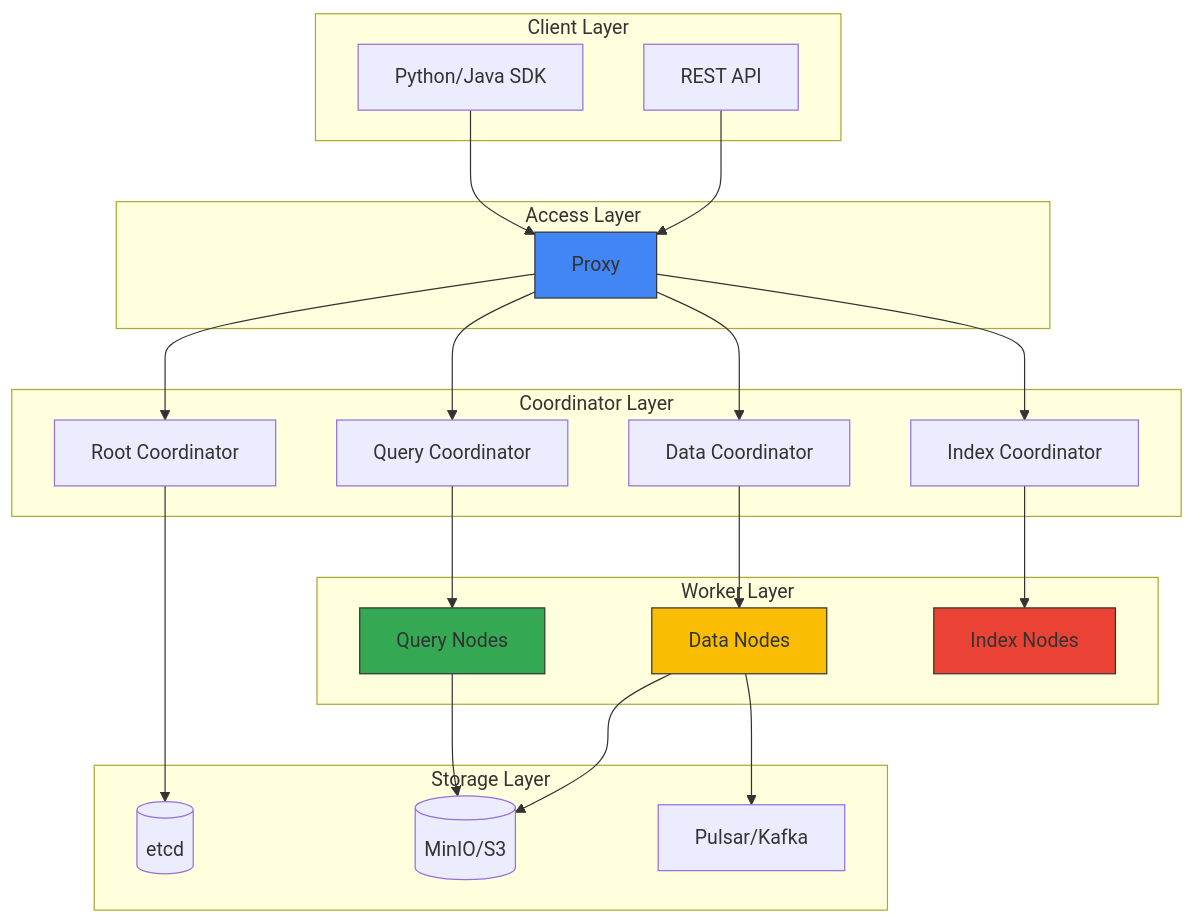
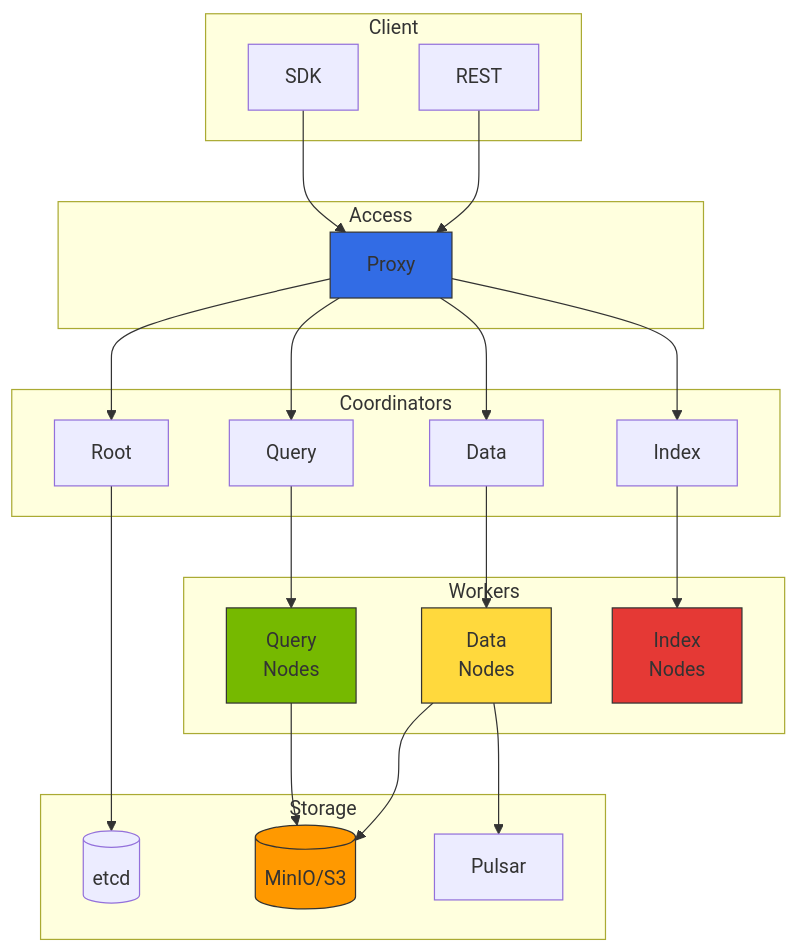
The second of 2 diagrams in docs/agentic-ai-platform/gateway-agents/milvus-vector-database.md (devfloor9/engineering-playbook), drawn with Mermaid before and after one commit. The commit also changed other lines of this file and 24 other files, not shown here.

````diff
--- a/docs/agentic-ai-platform/gateway-agents/milvus-vector-database.md
+++ b/docs/agentic-ai-platform/gateway-agents/milvus-vector-database.md
@@ -65,51 +64,47 @@
 ```mermaid
-graph TB
-    subgraph "Client Layer"
-        SDK["Python/Java SDK"]
-        REST["REST API"]
+flowchart TB
+    subgraph CL["Client"]
+        SDK[SDK]
+        REST[REST]
     end
-    
-    subgraph "Access Layer"
-        Proxy["Proxy"]
+
+    subgraph ACC["Access"]
+        P[Proxy]
     end
-    
-    subgraph "Coordinator Layer"
-        RootCoord["Root Coordinator"]
-        QueryCoord["Query Coordinator"]
-        DataCoord["Data Coordinator"]
-        IndexCoord["Index Coordinator"]
+
+    subgraph COORD["Coordinators"]
+        RC[Root]
+        QC[Query]
+        DC[Data]
+        IC[Index]
     end
-    
-    subgraph "Worker Layer"
-        QueryNode["Query Nodes"]
-        DataNode["Data Nodes"]
-        IndexNode["Index Nodes"]
+
+    subgraph WRK["Workers"]
+        QN[Query<br/>Nodes]
+        DN[Data<br/>Nodes]
+        IN[Index<br/>Nodes]
     end
-    
-    subgraph "Storage Layer"
-        etcd[(etcd)]
-        MinIO[(MinIO/S3)]
-        Pulsar["Pulsar/Kafka"]
+
+    subgraph STR["Storage"]
+        E[(etcd)]
+        M[(MinIO/S3)]
+        PS[Pulsar]
     end
-    
-    SDK --> Proxy
-    REST --> Proxy
-    Proxy --> RootCoord
-    Proxy --> QueryCoord
-    Proxy --> DataCoord
-    Proxy --> IndexCoord
-    
-    QueryCoord --> QueryNode
-    DataCoord --> DataNode
-    IndexCoord --> IndexNode
-    
-    RootCoord --> etcd
-    QueryNode --> MinIO
-    DataNode --> MinIO
-    DataNode --> Pulsar
-    
-    style Proxy fill:#4285f4,stroke:#333
-    style QueryNode fill:#34a853,stroke:#333
-    style DataNode fill:#fbbc04,stroke:#333
-    style IndexNode fill:#ea4335,stroke:#333
+
+    SDK & REST --> P
+    P --> RC & QC & DC & IC
+
+    QC --> QN
+    DC --> DN
+    IC --> IN
+
+    RC --> E
+    QN --> M
+    DN --> M & PS
+
+    style P fill:#326ce5,stroke:#333
+    style QN fill:#76b900,stroke:#333
+    style DN fill:#ffd93d,stroke:#333
+    style IN fill:#e53935,stroke:#333
+    style M fill:#ff9900,stroke:#333
 ```
````
